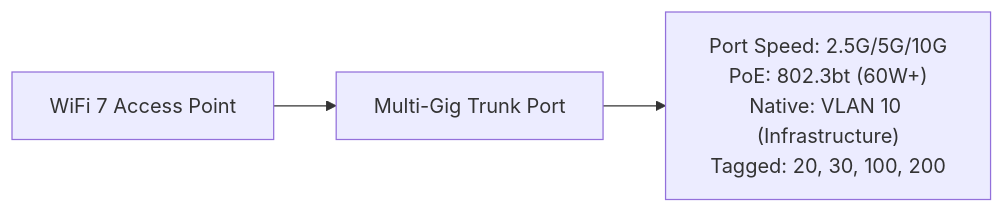
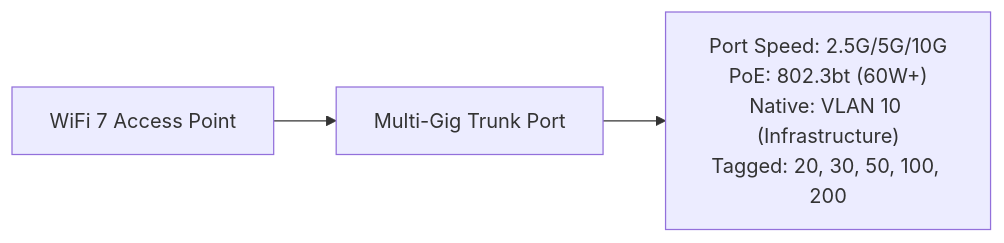
Before and after one commit to NewOrleansITI/networkstandards: the fourth of 6 diagrams in docs/ethernet/port-configurations.md, drawn with Mermaid. The commit also changed other lines of this file and 9 other files, not shown here.

````diff
--- a/docs/ethernet/port-configurations.md
+++ b/docs/ethernet/port-configurations.md
@@ -233,5 +233,5 @@
 ```mermaid
 flowchart LR
     AP[WiFi 7 Access Point] --> PORT[Multi-Gig Trunk Port]
-    PORT --> CONFIG["Port Speed: 2.5G/5G/10G<br/>PoE: 802.3bt (60W+)<br/>Native: VLAN 10 (Infrastructure)<br/>Tagged: 20, 30, 100, 200"]
+    PORT --> CONFIG["Port Speed: 2.5G/5G/10G<br/>PoE: 802.3bt (60W+)<br/>Native: VLAN 10 (Infrastructure)<br/>Tagged: 20, 30, 50, 100, 200"]
 ```
````
